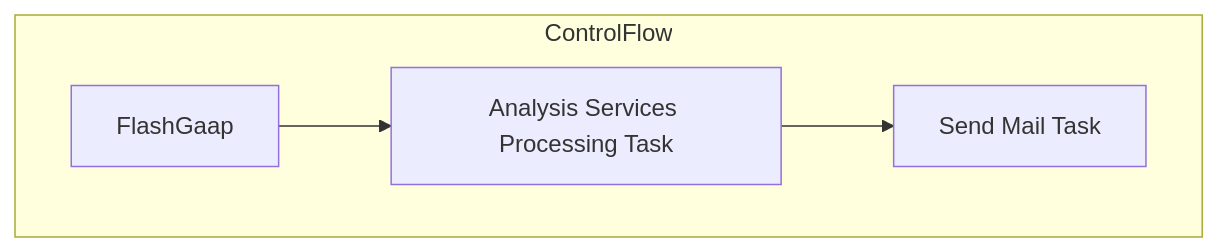
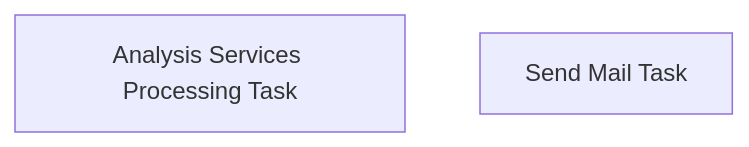
The diagram in bab-docs-explorer/Documentation/STL-SSIS-P-01/SSIS/SSIS/PowerBIProcessing.FlashGaap.md (juanandresbrain/BABSkills), drawn with Mermaid before and after one commit. The commit also changed other lines of this file and 273 other files, not shown here.

````diff
--- a/bab-docs-explorer/Documentation/STL-SSIS-P-01/SSIS/SSIS/PowerBIProcessing.FlashGaap.md
+++ b/bab-docs-explorer/Documentation/STL-SSIS-P-01/SSIS/SSIS/PowerBIProcessing.FlashGaap.md
@@ -9,10 +28,5 @@
 ```mermaid
 flowchart TD
-    subgraph ControlFlow
-        FlashGaap_task["FlashGaap"]
-        Analysis_Services_Processing_Task_task["Analysis Services Processing Task"]
-        FlashGaap_task --> Analysis_Services_Processing_Task_task
-        Send_Mail_Task_task["Send Mail Task"]
-        Analysis_Services_Processing_Task_task --> Send_Mail_Task_task
-    end
+    n_Package_Analysis_Services_Processing_Task["Analysis Services Processing Task"]
+    n_Package_EventHandlers_OnError__Send_Mail_Task["Send Mail Task"]
 ```
````
